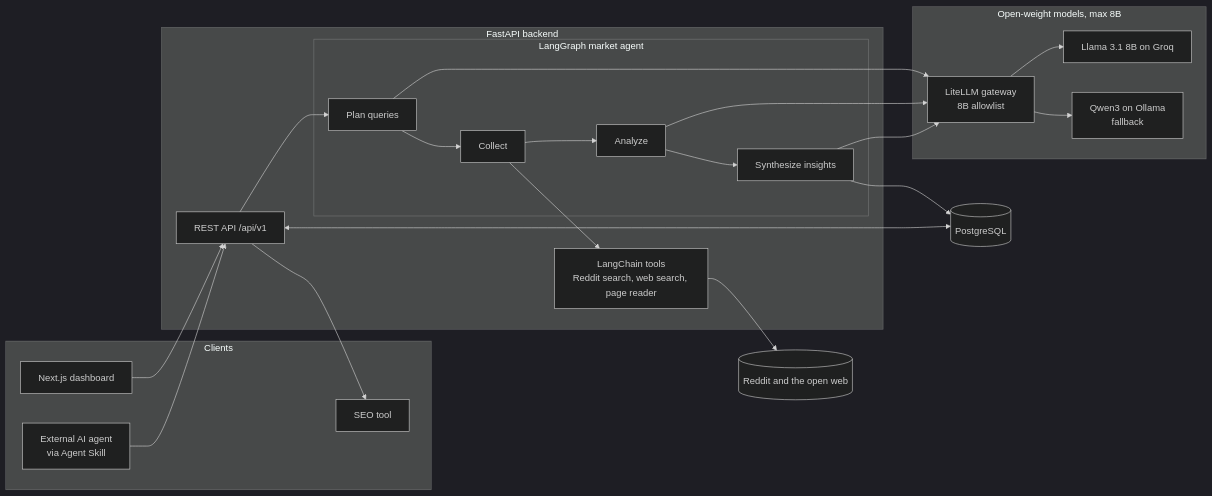
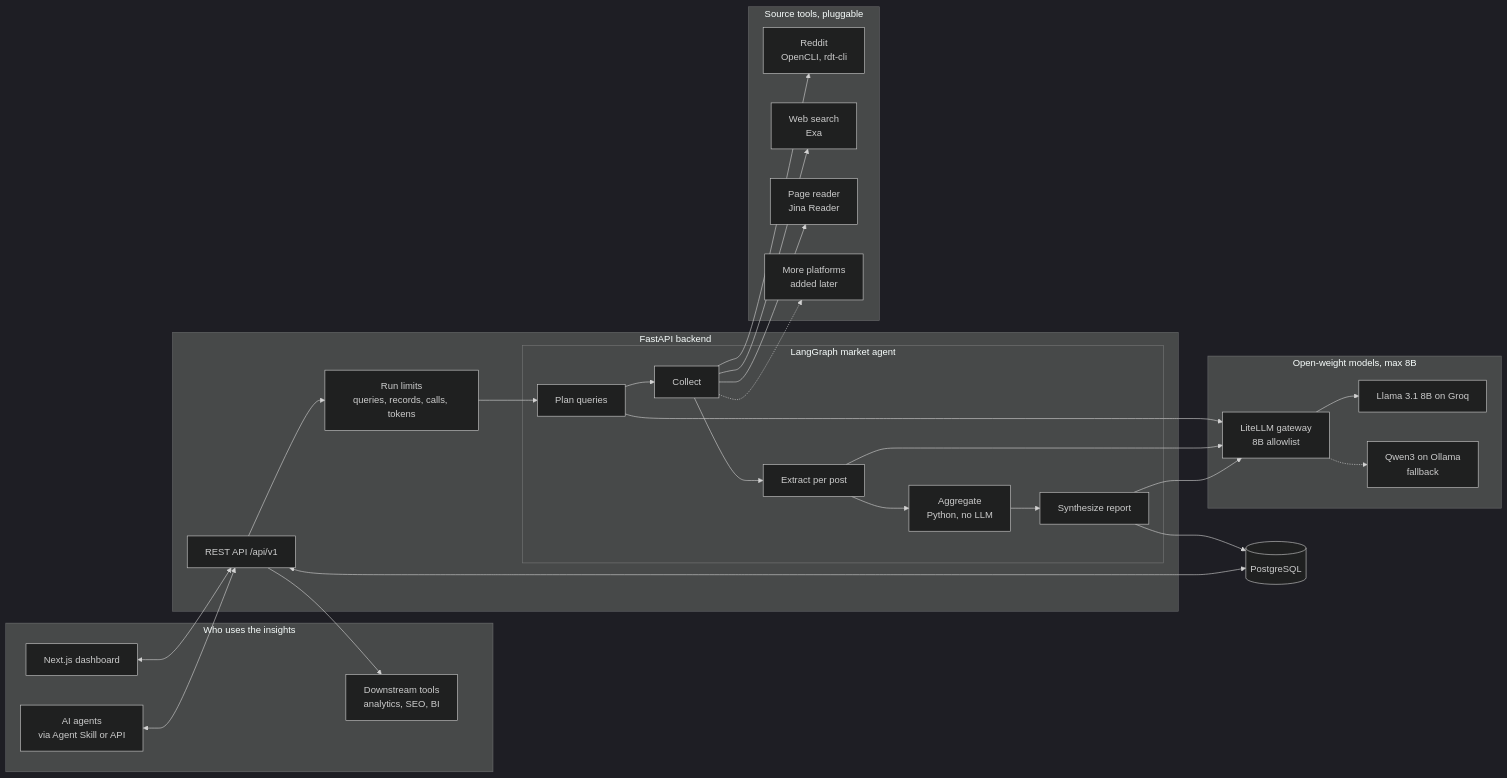
Before and after one commit to muhmdusman/hacktoberfest-local-market-pulse: the first of 6 diagrams in README.md, drawn with Mermaid (dark theme). The commit also changed other lines of this file, not shown here.

````diff
--- a/README.md
+++ b/README.md
@@ -123,41 +124,51 @@
 ```mermaid
 flowchart LR
-    subgraph Clients
+    subgraph Consumers["Who uses the insights"]
         UI[Next.js dashboard]
-        AGT[External AI agent<br/>via Agent Skill]
-        SEO[SEO tool]
+        AGT[AI agents<br/>via Agent Skill or API]
+        DOWN[Downstream tools<br/>analytics, SEO, BI]
     end
 
     subgraph Backend["FastAPI backend"]
         API[REST API /api/v1]
+        GUARD[Run limits<br/>queries, records, calls, tokens]
         subgraph Agent["LangGraph market agent"]
             PLAN[Plan queries]
             COLL[Collect]
-            ANA[Analyze]
-            SYN[Synthesize insights]
+            EXT[Extract per post]
+            AGG[Aggregate<br/>Python, no LLM]
+            SYN[Synthesize report]
         end
-        TOOLS[LangChain tools<br/>Reddit search, web search, page reader]
+    end
+
+    subgraph Sources["Source tools, pluggable"]
+        RED[Reddit<br/>OpenCLI, rdt-cli]
+        SRCH[Web search<br/>Exa]
+        READ[Page reader<br/>Jina Reader]
+        MORE[More platforms<br/>added later]
     end
 
     subgraph Models["Open-weight models, max 8B"]
         GW[LiteLLM gateway<br/>8B allowlist]
         GROQ[Llama 3.1 8B on Groq]
         OLL[Qwen3 on Ollama<br/>fallback]
     end
 
     DB[(PostgreSQL)]
-    NET[(Reddit and the open web)]
 
-    UI --> API
-    AGT --> API
-    API --> PLAN --> COLL --> ANA --> SYN
-    COLL --> TOOLS --> NET
+    UI <--> API
+    AGT <--> API
+    API --> DOWN
+    API --> GUARD --> PLAN --> COLL --> EXT --> AGG --> SYN
+    COLL --> RED
+    COLL --> SRCH
+    COLL --> READ
+    COLL -.-> MORE
     PLAN --> GW
-    ANA --> GW
+    EXT --> GW
     SYN --> GW
     GW --> GROQ
-    GW --> OLL
+    GW -.-> OLL
     SYN --> DB
     API <--> DB
-    API --> SEO
 ```
````
